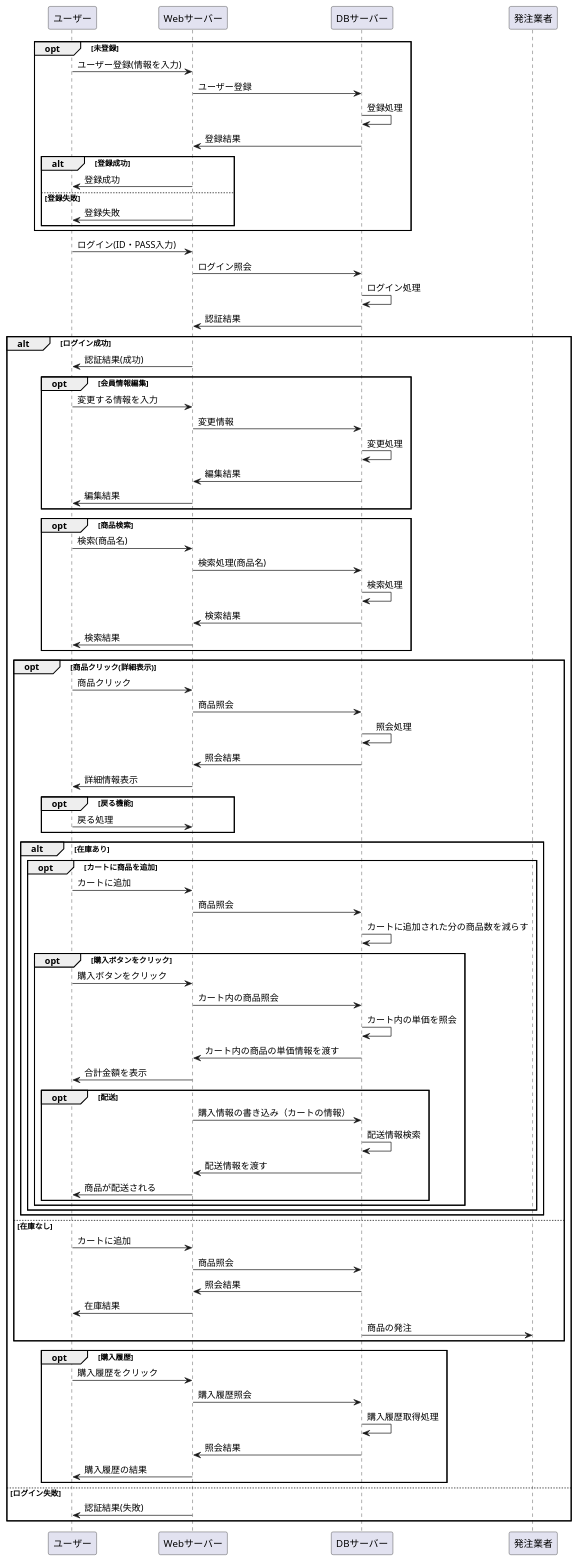
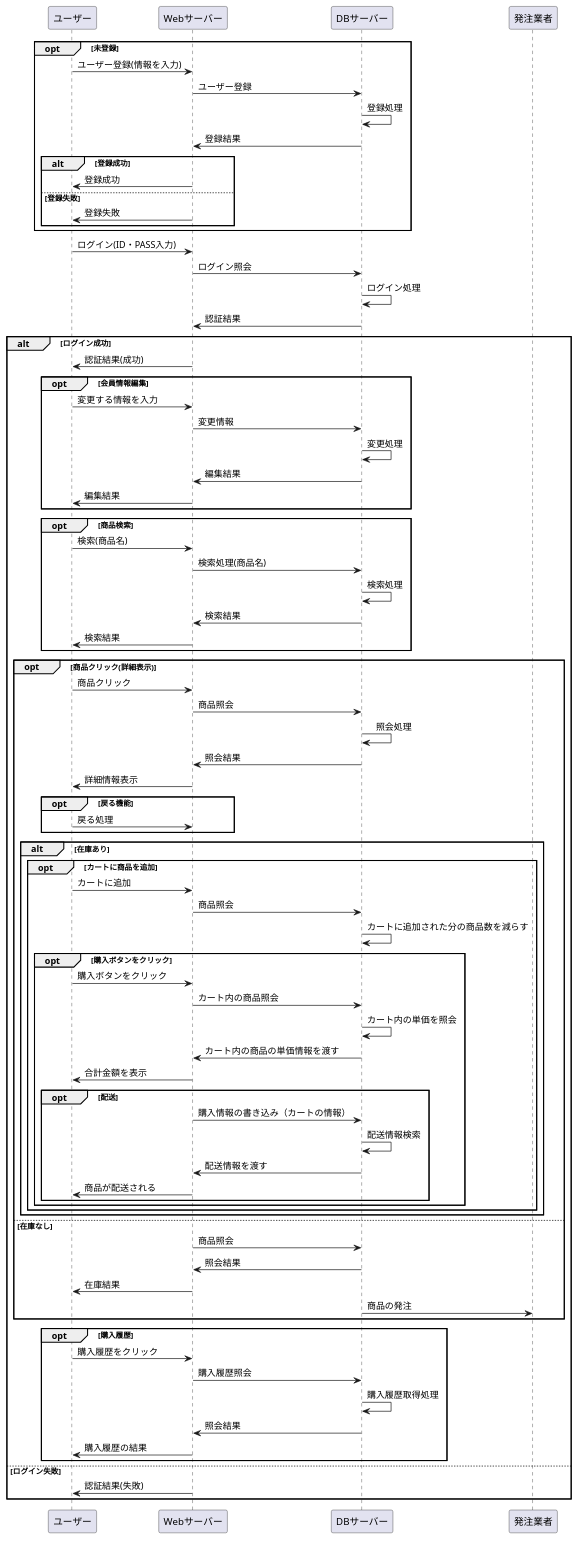
The diagram in 設計書/02_業務フロー/business-flow-test.md (Aso2001227/Aso-Sports-1), drawn with PlantUML before and after one commit.

```diff
--- a/設計書/02_業務フロー/business-flow-test.md
+++ b/設計書/02_業務フロー/business-flow-test.md
@@ -99,7 +99,6 @@
 end
 end
 else 在庫なし
-ユーザー -> Webサーバー : カートに追加
 Webサーバー -> DBサーバー : 商品照会
 DBサーバー -> Webサーバー : 照会結果
 Webサーバー -> ユーザー : 在庫結果
```
